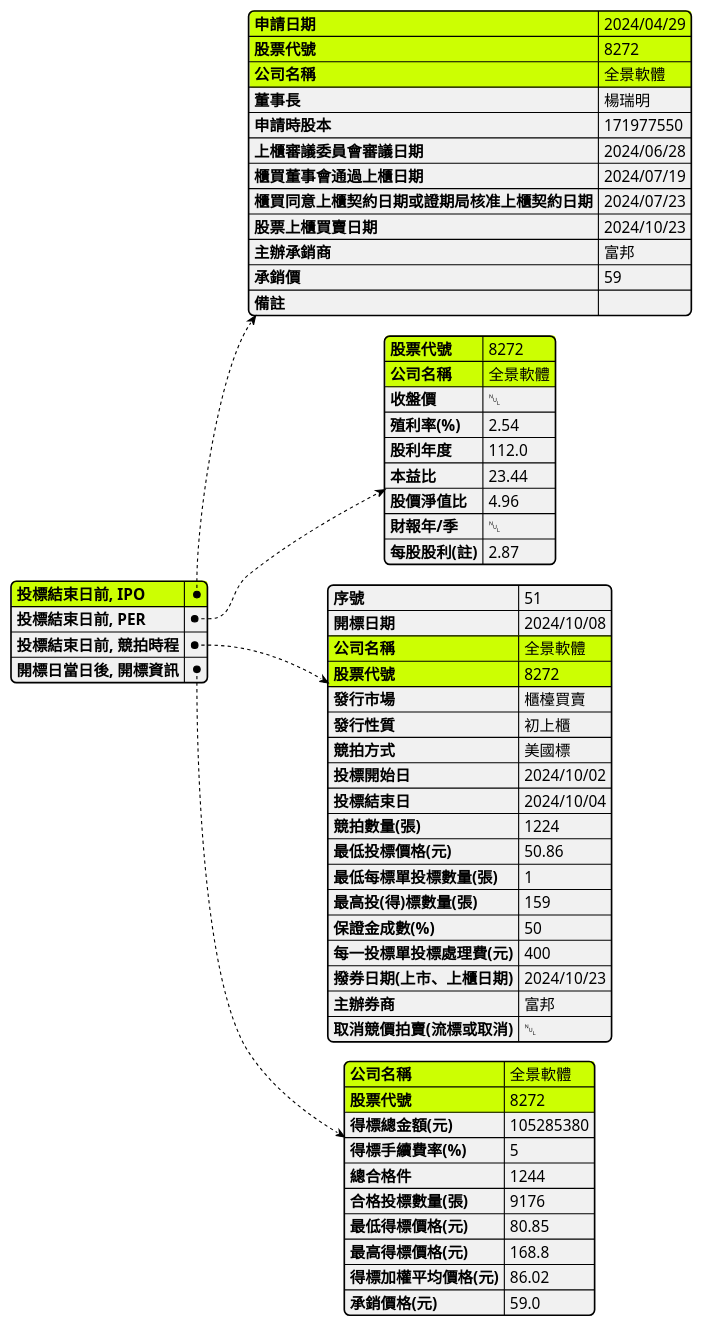
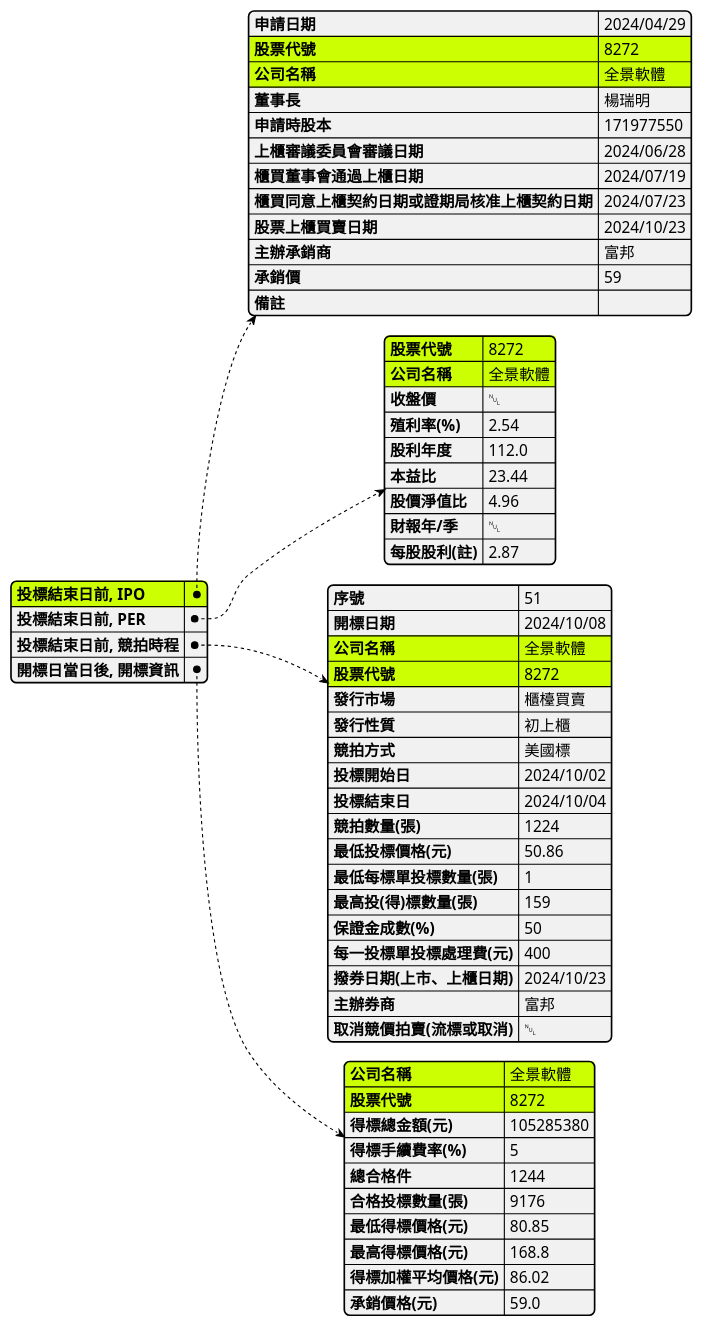
Before and after one commit to wenchiehlee/Selenium-Actions.Auction: the diagram in IPO.plantuml, drawn with PlantUML.

Commit message:
remove no need line..

```diff
--- a/IPO.plantuml
+++ b/IPO.plantuml
@@ -1,83 +1,83 @@
 @startjson
 
 skinparam BoxPadding 10
 skinparam actorStyle awesome
 skinparam LegendBorderThickness 1
 skinparam backgroundColor transparent
 
 #highlight  "投標結束日前, IPO"
-#highlight  "投標結束日前, IPO" / "申請日期"
+
 #highlight  "投標結束日前, IPO" / "股票代號"
 #highlight  "投標結束日前, IPO" / "公司名稱"
 
 #highlight  "投標結束日前, PER" / "股票代號"
 #highlight  "投標結束日前, PER" / "公司名稱"
 
 #highlight  "投標結束日前, 競拍時程" / "股票代號"
 #highlight  "投標結束日前, 競拍時程" / "公司名稱"
 
 #highlight  "開標日當日後, 開標資訊" / "股票代號"
 #highlight  "開標日當日後, 開標資訊" / "公司名稱"
 
 
 {
   "投標結束日前, IPO":     {
   "申請日期": "2024/04/29",
   "股票代號": "8272",
   "公司名稱": "全景軟體",
   "董事長": "楊瑞明",
   "申請時股本": 171977550,
   "上櫃審議委員會審議日期": "2024/06/28",
   "櫃買董事會通過上櫃日期": "2024/07/19",
   "櫃買同意上櫃契約日期或證期局核准上櫃契約日期": "2024/07/23",
   "股票上櫃買賣日期": "2024/10/23",
   "主辦承銷商": "富邦",
   "承銷價": 59,
   "備註": ""
     },
 
   "投標結束日前, PER":     {
         "股票代號": "8272",
         "公司名稱": "全景軟體",
         "收盤價": null,
         "殖利率(%)": 2.54,
         "股利年度": 112.0,
         "本益比": 23.44,
         "股價淨值比": 4.96,
         "財報年/季": null,
         "每股股利(註)": 2.87
     },
   "投標結束日前, 競拍時程":     {
         "序號": 51,
         "開標日期": "2024/10/08",
         "公司名稱": "全景軟體",
         "股票代號": "8272",
         "發行市場": "櫃檯買賣",
         "發行性質": "初上櫃",
         "競拍方式": "美國標",
         "投標開始日": "2024/10/02",
         "投標結束日": "2024/10/04",
         "競拍數量(張)": 1224,
         "最低投標價格(元)": 50.86,
         "最低每標單投標數量(張)": 1,
         "最高投(得)標數量(張)": 159,
         "保證金成數(%)": 50,
         "每一投標單投標處理費(元)": 400,
         "撥券日期(上市、上櫃日期)": "2024/10/23",
         "主辦券商": "富邦",
         "取消競價拍賣(流標或取消)": null
     },
   "開標日當日後, 開標資訊": {
     "公司名稱": "全景軟體",
     "股票代號": "8272",
     "得標總金額(元)": 105285380,
     "得標手續費率(%)": 5,
     "總合格件": 1244,
     "合格投標數量(張)": 9176,
     "最低得標價格(元)": 80.85,
     "最高得標價格(元)": 168.8,
     "得標加權平均價格(元)": 86.02,
     "承銷價格(元)": 59.0
   }
 }
 @endjson
```
